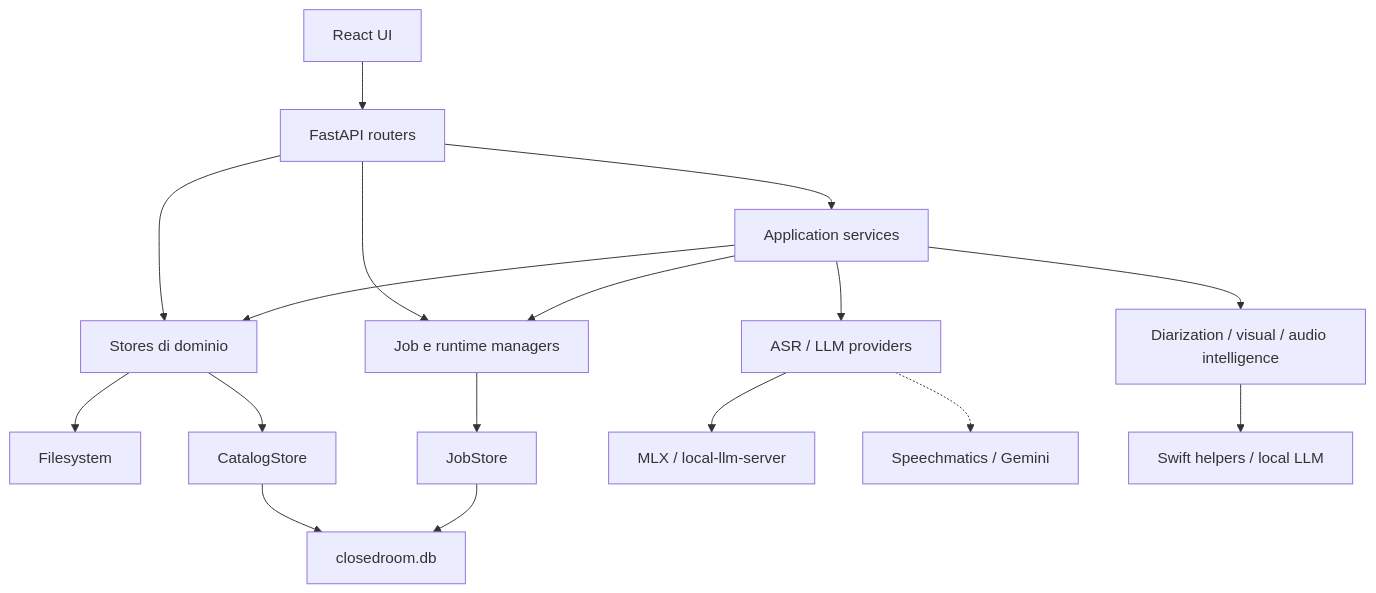
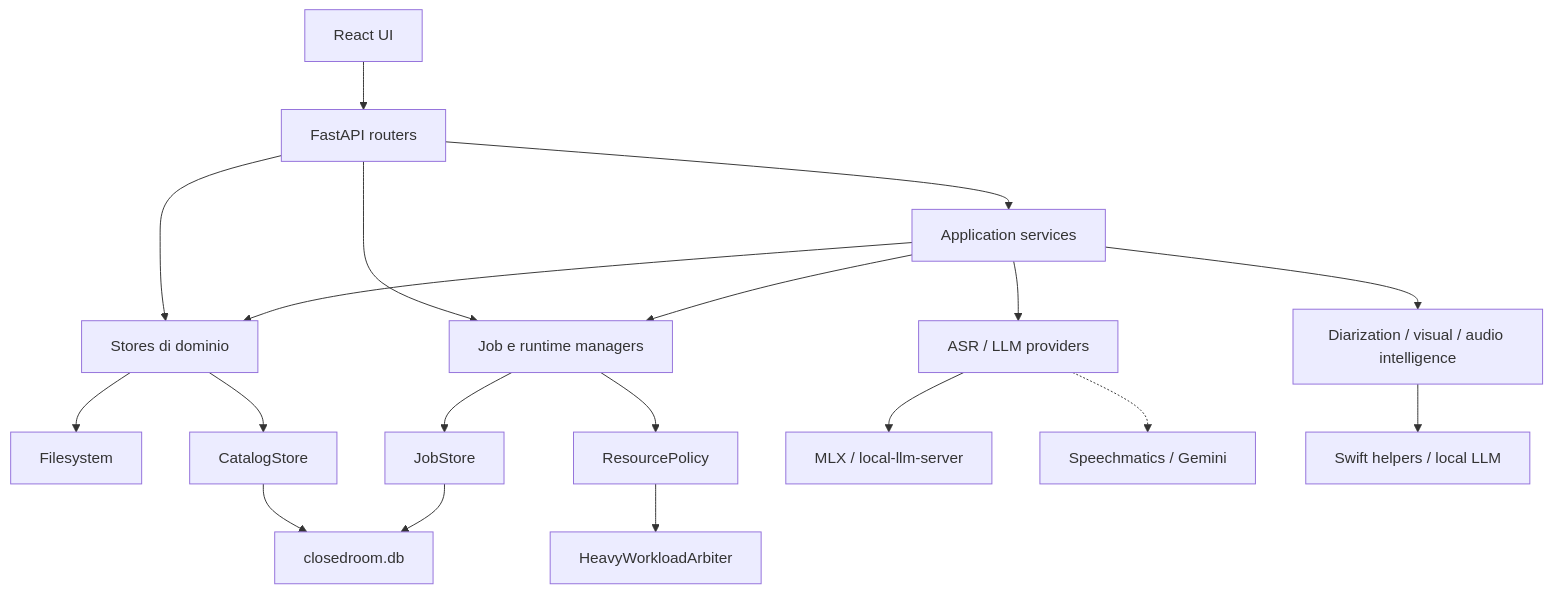
One commit to daniele21/local-asr-server changed the second of 6 diagrams in docs/architecture.md. Above: the diagram before and after it, drawn with Mermaid. The commit also changed other lines of this file, not shown here.

````diff
--- a/docs/architecture.md
+++ b/docs/architecture.md
@@ -68,22 +70,24 @@
 ```mermaid
 flowchart TB
     React["React UI"] --> Routers["FastAPI routers"]
     Routers --> Services["Application services"]
     Routers --> Stores["Stores di dominio"]
     Routers --> Managers["Job e runtime managers"]
 
     Services --> Stores
     Services --> Managers
     Services --> Providers["ASR / LLM providers"]
     Services --> Enrichment["Diarization / visual / audio intelligence"]
 
     Stores --> FS["Filesystem"]
     Stores --> Catalog["CatalogStore"]
+    Managers --> Policy["ResourcePolicy"]
+    Policy --> Arbiter["HeavyWorkloadArbiter"]
     Managers --> JobStore["JobStore"]
     Catalog --> SQLite["closedroom.db"]
     JobStore --> SQLite
 
     Providers --> LocalML["MLX / local-llm-server"]
     Providers -.-> Cloud["Speechmatics / Gemini"]
     Enrichment --> Helpers["Swift helpers / local LLM"]
 ```
````
